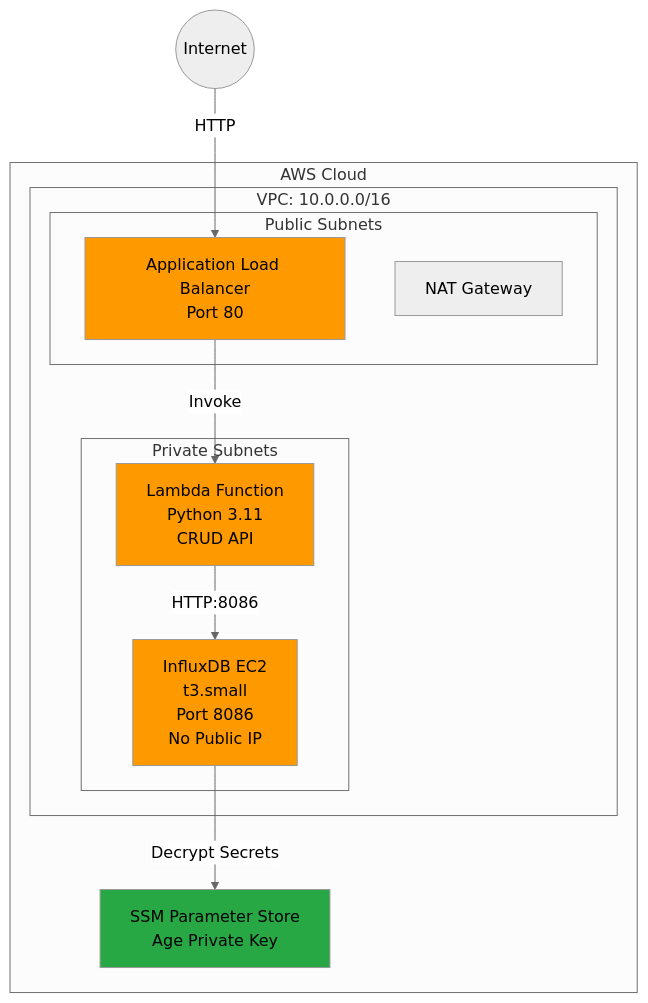
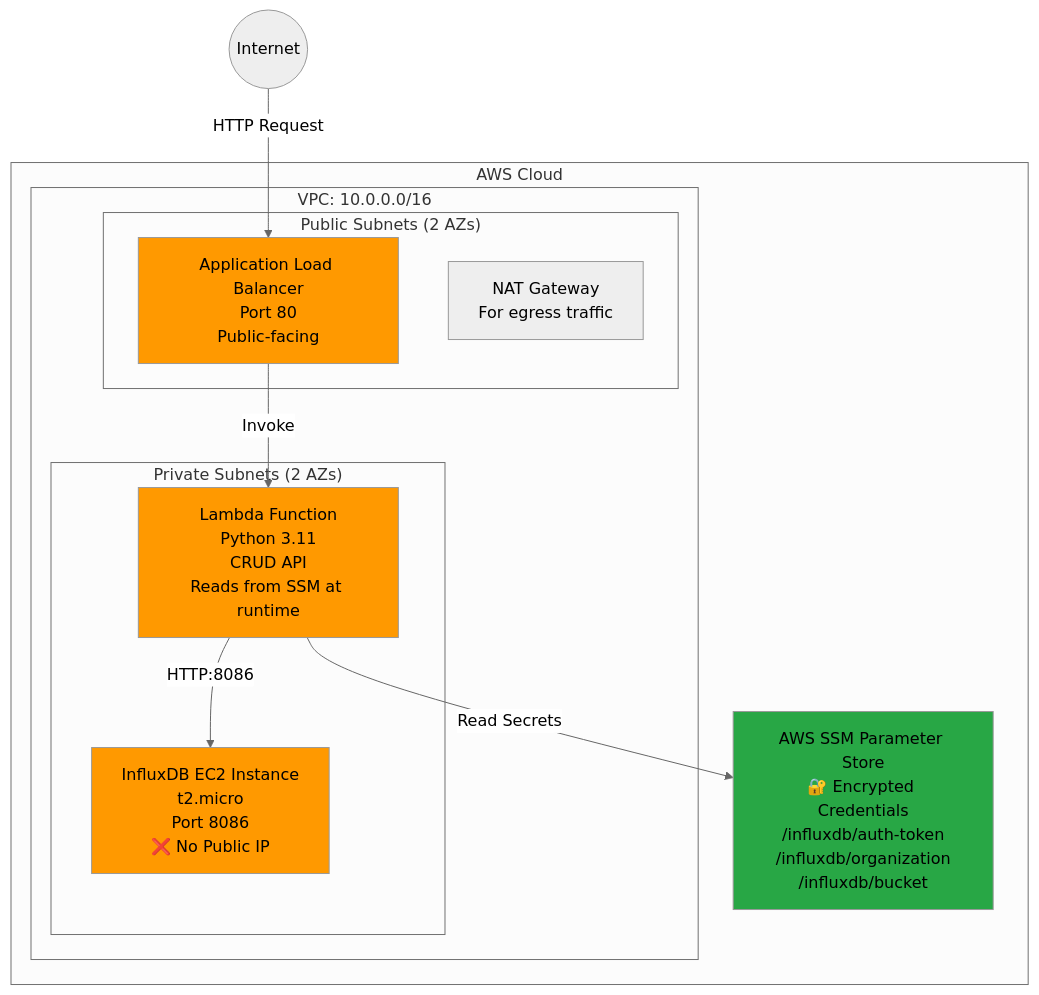
Before and after one commit to glamprinakis/SMPNetAssignment-: the diagram in README.md, drawn with Mermaid (neutral theme). The commit also changed other lines of this file and 5 other files, not shown here.

````diff
--- a/README.md
+++ b/README.md
@@ -7,30 +7,30 @@
 ```mermaid
 graph TB
     Internet((Internet))
     
     subgraph AWS["AWS Cloud"]
         subgraph VPC["VPC: 10.0.0.0/16"]
-            subgraph Public["Public Subnets"]
-                ALB["Application Load Balancer<br/>Port 80"]
-                NAT["NAT Gateway"]
+            subgraph Public["Public Subnets (2 AZs)"]
+                ALB["Application Load Balancer<br/>Port 80<br/>Public-facing"]
+                NAT["NAT Gateway<br/>For egress traffic"]
             end
             
-            subgraph Private["Private Subnets"]
-                Lambda["Lambda Function<br/>Python 3.11<br/>CRUD API"]
-                InfluxDB["InfluxDB EC2<br/>t3.small<br/>Port 8086<br/>No Public IP"]
+            subgraph Private["Private Subnets (2 AZs)"]
+                Lambda["Lambda Function<br/>Python 3.11<br/>CRUD API<br/>Reads from SSM at runtime"]
+                InfluxDB["InfluxDB EC2 Instance<br/>t2.micro<br/>Port 8086<br/>❌ No Public IP"]
             end
         end
         
-        SSM["SSM Parameter Store<br/>Age Private Key"]
+        SSM["AWS SSM Parameter Store<br/>🔐 Encrypted Credentials<br/>/influxdb/auth-token<br/>/influxdb/organization<br/>/influxdb/bucket"]
     end
     
-    Internet -->|HTTP| ALB
+    Internet -->|HTTP Request| ALB
     ALB -->|Invoke| Lambda
+    Lambda -->|Read Secrets| SSM
     Lambda -->|HTTP:8086| InfluxDB
-    InfluxDB -->|Decrypt Secrets| SSM
     
     style ALB fill:#ff9900
     style Lambda fill:#ff9900
     style InfluxDB fill:#ff9900
     style SSM fill:#28a745
 ```
````
